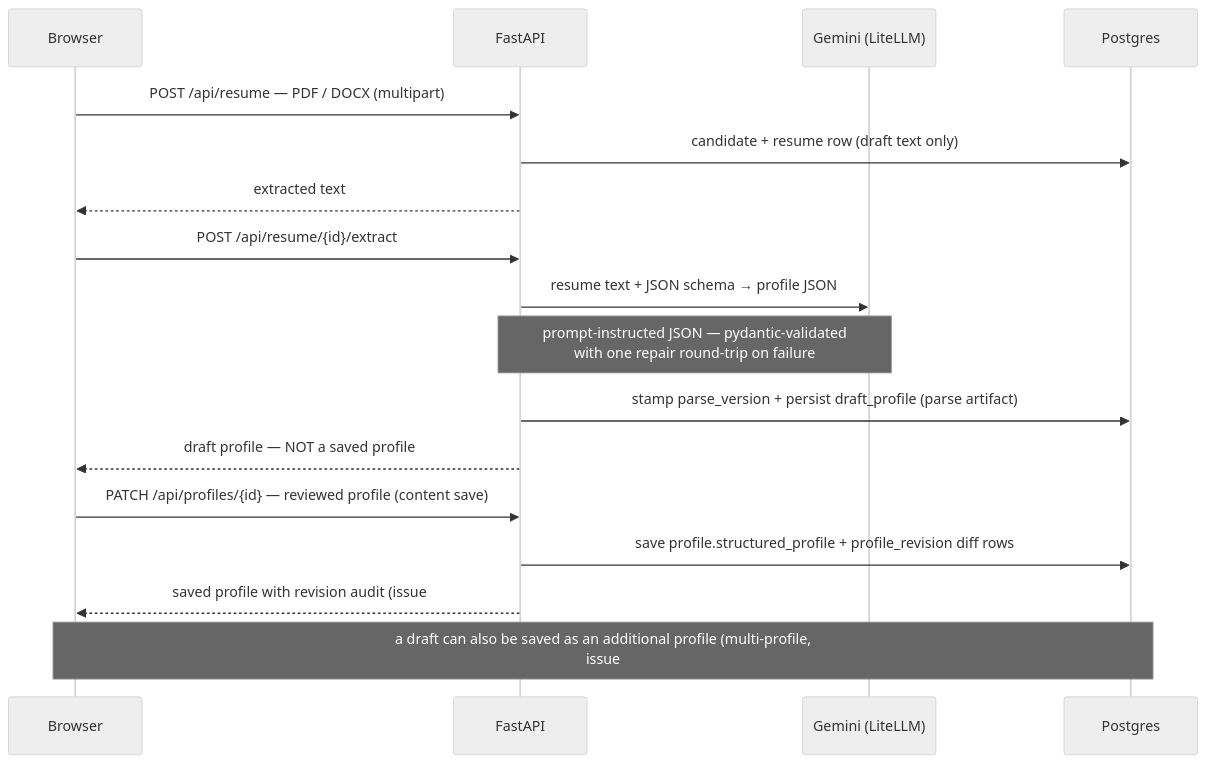
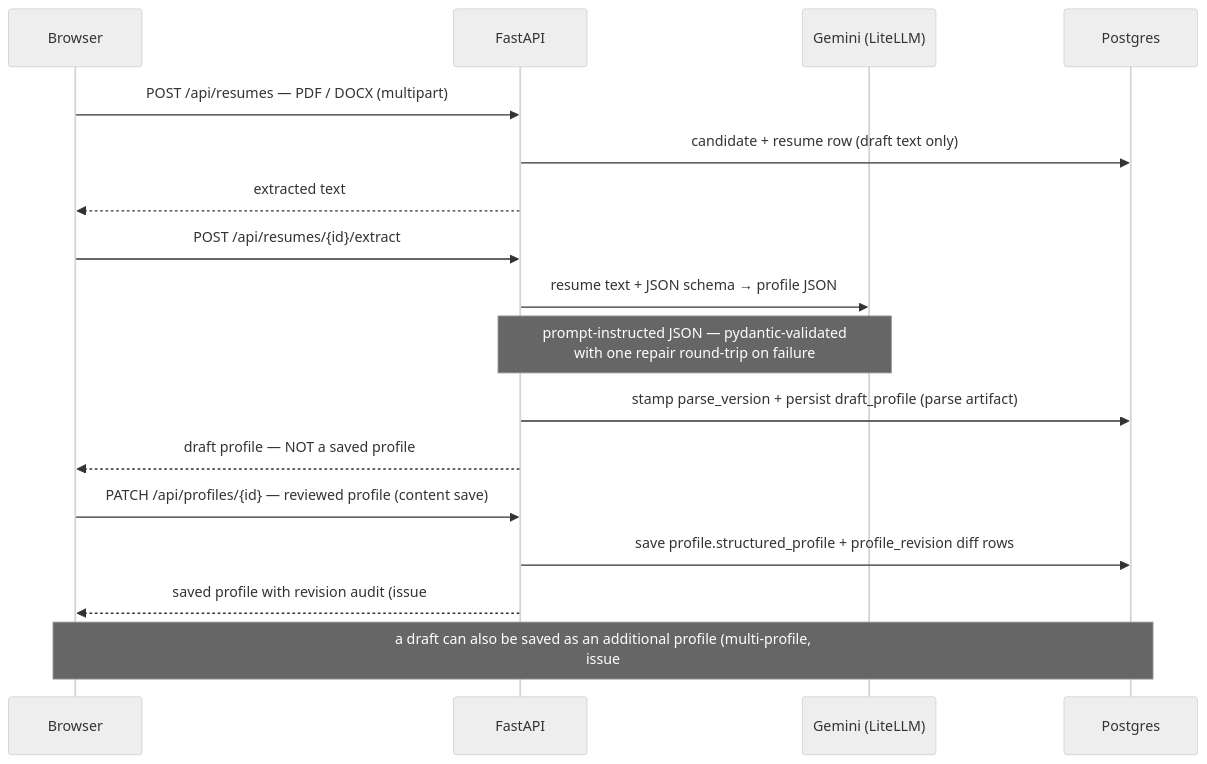
The second of 4 diagrams in docs/architecture.md (MSVhora/ai_job_assistant), drawn with Mermaid (neutral theme) before and after one commit. The commit also changed 8 other files, not shown here.

Commit message:
Document multi-profile flow and plural API paths across guides

````diff
--- a/docs/architecture.md
+++ b/docs/architecture.md
@@ -51,20 +51,20 @@
 ```mermaid
 sequenceDiagram
     participant B as Browser
     participant A as FastAPI
     participant G as Gemini (LiteLLM)
     participant D as Postgres
 
-    B->>A: POST /api/resume — PDF / DOCX (multipart)
+    B->>A: POST /api/resumes — PDF / DOCX (multipart)
     A->>D: candidate + resume row (draft text only)
     A-->>B: extracted text
-    B->>A: POST /api/resume/{id}/extract
+    B->>A: POST /api/resumes/{id}/extract
     A->>G: resume text + JSON schema → profile JSON
     Note over A,G: prompt-instructed JSON — pydantic-validated<br/>with one repair round-trip on failure
     A->>D: stamp parse_version + persist draft_profile (parse artifact)
     A-->>B: draft profile — NOT a saved profile
     B->>A: PATCH /api/profiles/{id} — reviewed profile (content save)
     A->>D: save profile.structured_profile + profile_revision diff rows
     A-->>B: saved profile with revision audit (issue #4)
     Note over B,D: a draft can also be saved as an additional profile (multi-profile,<br/>issue #6); gap-fill for missing fields follows (issue #5)
 ```
````
